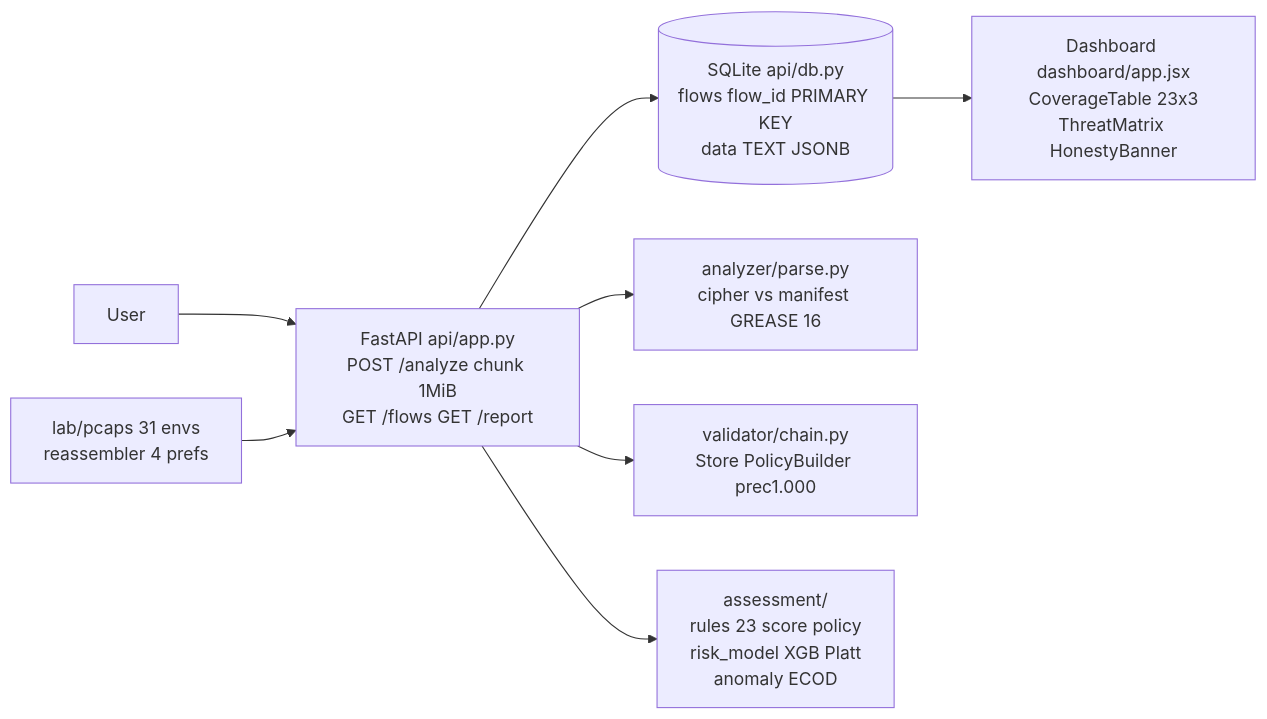
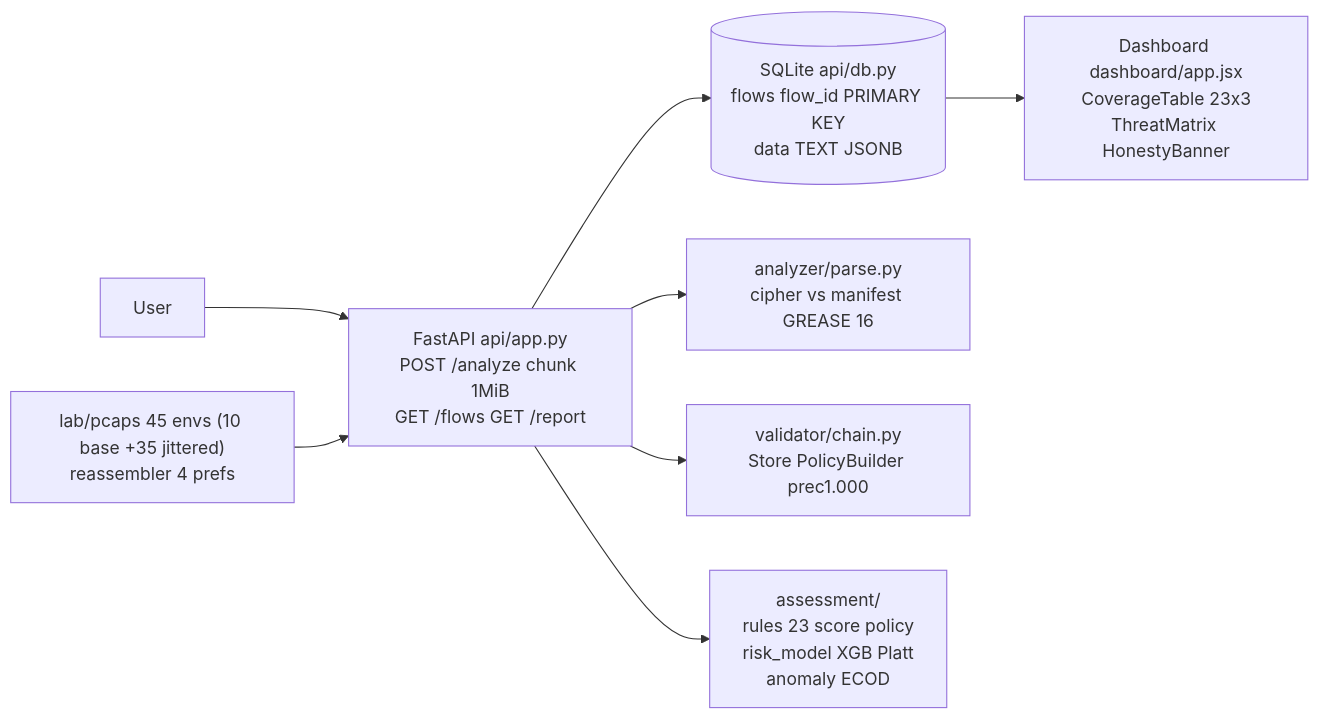
One commit to BlackPool25/CipherCrest changed the first of 4 diagrams in README.md. Above: the diagram before and after it, drawn with Mermaid. The commit also changed other lines of this file and 1 other file, not shown here.

Commit message:
docs(readme): refresh Day8-10 counts 35 jitter 45 envs

````diff
--- a/README.md
+++ b/README.md
@@ -140,10 +141,10 @@
 ```mermaid
 graph LR
     User --> API["FastAPI api/app.py<br/>POST /analyze chunk 1MiB<br/>GET /flows GET /report"]
     API --> DB[("SQLite api/db.py<br/>flows flow_id PRIMARY KEY<br/>data TEXT JSONB")]
     DB --> Dashboard["Dashboard dashboard/app.jsx<br/>CoverageTable 23x3<br/>ThreatMatrix HonestyBanner"]
     API --> Analyzer["analyzer/parse.py<br/>cipher vs manifest GREASE 16"]
     API --> Validator["validator/chain.py<br/>Store PolicyBuilder prec1.000"]
     API --> Assessment["assessment/<br/>rules 23 score policy<br/>risk_model XGB Platt<br/>anomaly ECOD"]
-    Lab["lab/pcaps 31 envs<br/>reassembler 4 prefs"] --> API
+    Lab["lab/pcaps 45 envs (10 base +35 jittered)<br/>reassembler 4 prefs"] --> API
 ```
````
